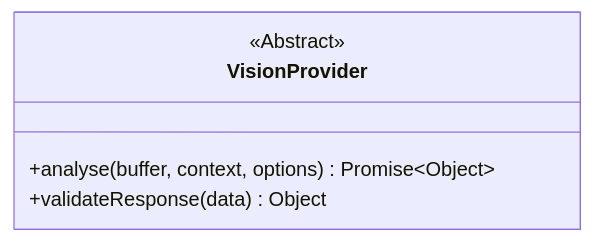
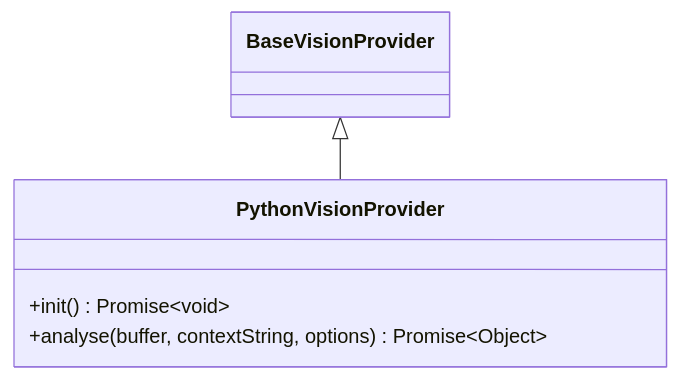
Before and after one commit to DrMarcoGilardi/BRANI-360: diagram 13 of 36 in docs/SERVER_DOCS.md, drawn with Mermaid. The commit also changed other lines of this file and 2 other files, not shown here.

````diff
--- a/docs/SERVER_DOCS.md
+++ b/docs/SERVER_DOCS.md
@@ -247,8 +247,8 @@
 ```mermaid
 classDiagram
-class VisionProvider{
-<<Abstract>>
-+analyse(buffer, context, options) Promise~Object~
-+validateResponse(data) Object
+BaseVisionProvider <|-- PythonVisionProvider
+class PythonVisionProvider{
++init() Promise~void~
++analyse(buffer, contextString, options) Promise~Object~
 }
 ```
````
